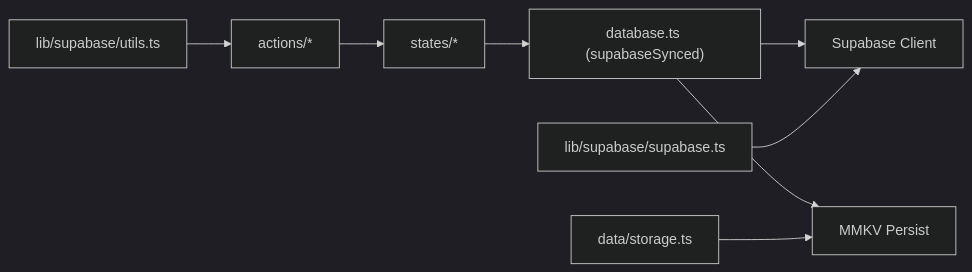
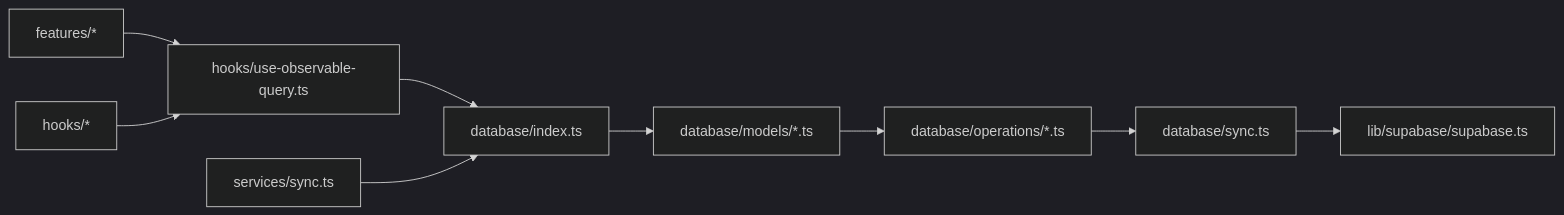
The eighth of 8 diagrams in .qoder/repowiki/en/content/State Management Architecture/Synchronization Strategies and Conflict Resolution.md (karllasouzza/PowerLists), drawn with Mermaid (dark theme) before and after one commit. The commit also changed other lines of this file and 5 other files, not shown here.

````diff
--- a/.qoder/repowiki/en/content/State Management Architecture/Synchronization Strategies and Conflict Resolution.md
+++ b/.qoder/repowiki/en/content/State Management Architecture/Synchronization Strategies and Conflict Resolution.md
@@ -317,10 +332,11 @@
 ```mermaid
 graph LR
-A["actions/*"] --> B["states/*"]
-B --> C["database.ts (supabaseSynced)"]
-C --> D["Supabase Client"]
-C --> E["MMKV Persist"]
-F["lib/supabase/utils.ts"] --> A
-G["data/storage.ts"] --> E
-H["lib/supabase/supabase.ts"] --> D
+A["features/*"] --> B["hooks/use-observable-query.ts"]
+B --> C["database/index.ts"]
+C --> D["database/models/*.ts"]
+D --> E["database/operations/*.ts"]
+E --> F["database/sync.ts"]
+F --> G["lib/supabase/supabase.ts"]
+H["services/sync.ts"] --> C
+I["hooks/*"] --> B
 ```
````
